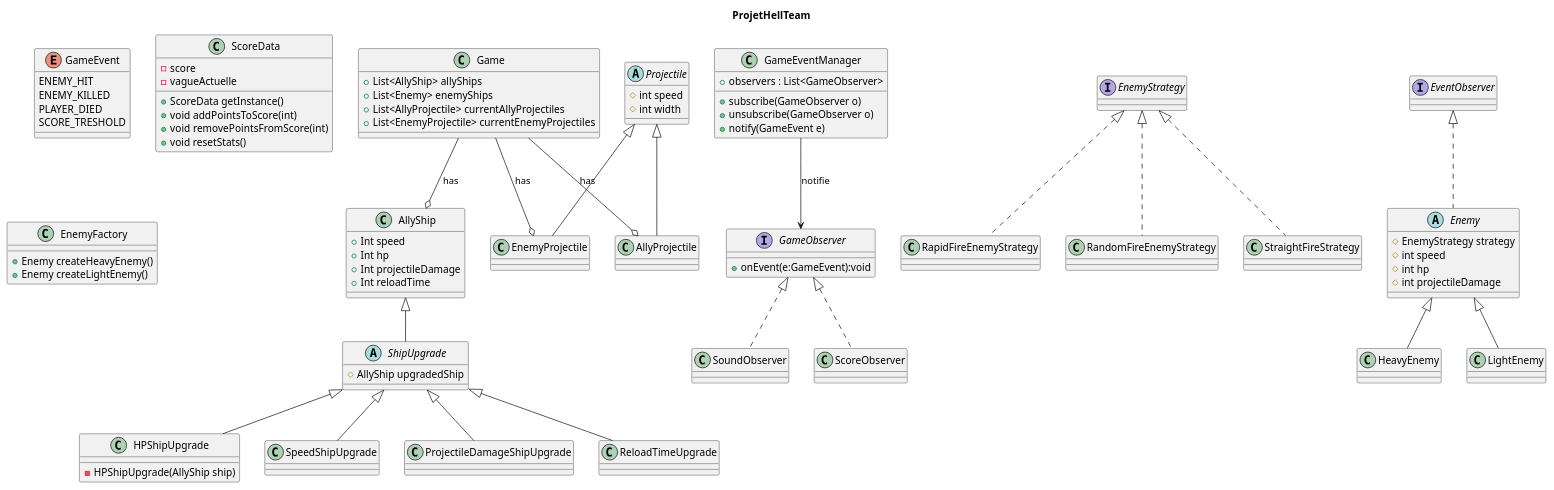
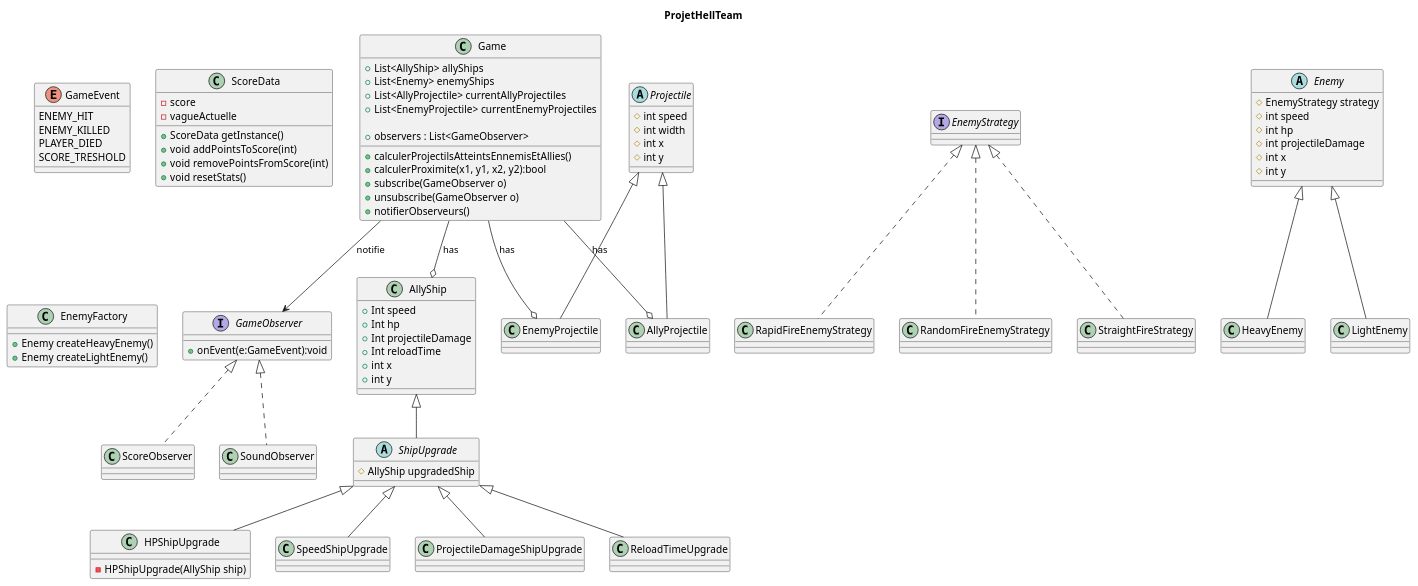
One commit to CPE-LYON-APICOT/projet-hellteam changed the first of 2 diagrams in docs/conception.md. Above: the diagram before and after it, drawn with PlantUML.

Commit message:
Conception finie

```diff
--- a/docs/conception.md
+++ b/docs/conception.md
@@ -71,20 +71,21 @@
 @startuml
 
 title ProjetHellTeam
-
+''' Envisager dans la méthode le fait que calculerProximite prendra en paramètre des objets avec des coordonées et non les coordonées elle meme'''
 class Game {
   + List<AllyShip> allyShips
   + List<Enemy> enemyShips
   + List<AllyProjectile> currentAllyProjectiles
   + List<EnemyProjectile> currentEnemyProjectiles
-}
-
-
-class GameEventManager {
+  
+  + calculerProjectilsAtteintsEnnemisEtAllies()
+  + calculerProximite(x1, y1, x2, y2):bool
   + observers : List<GameObserver>
   + subscribe(GameObserver o)
   + unsubscribe(GameObserver o)
-  + notify(GameEvent e)
+  + notifierObserveurs()
+
+
 }
 
 interface GameObserver {
@@ -109,18 +110,22 @@
 interface EnemyStrategy{
 }
 
-abstract class Enemy implements EventObserver{
+abstract class Enemy{
   'Pas encore de liste exhaustive de types d ennemis : va évoluer au fur et à mesure du jeu'
   # EnemyStrategy strategy
   # int speed
   # int hp
   # int projectileDamage
+  # int x
+  # int y
 }
 
 
 abstract class Projectile {
   # int speed
   # int width
+  # int x
+  # int y
 }
 
 class AllyProjectile extends Projectile{
@@ -165,6 +170,8 @@
   + Int hp
   + Int projectileDamage
   + Int reloadTime
+  + int x
+  + int y
 }
 
 abstract class ShipUpgrade extends AllyShip{
@@ -191,7 +198,7 @@
 Game --o AllyProjectile : has
 Game --o EnemyProjectile : has 
 Game --o AllyShip : has
-GameEventManager --> GameObserver : notifie
+Game --> GameObserver : notifie
 @enduml
 
 
```
